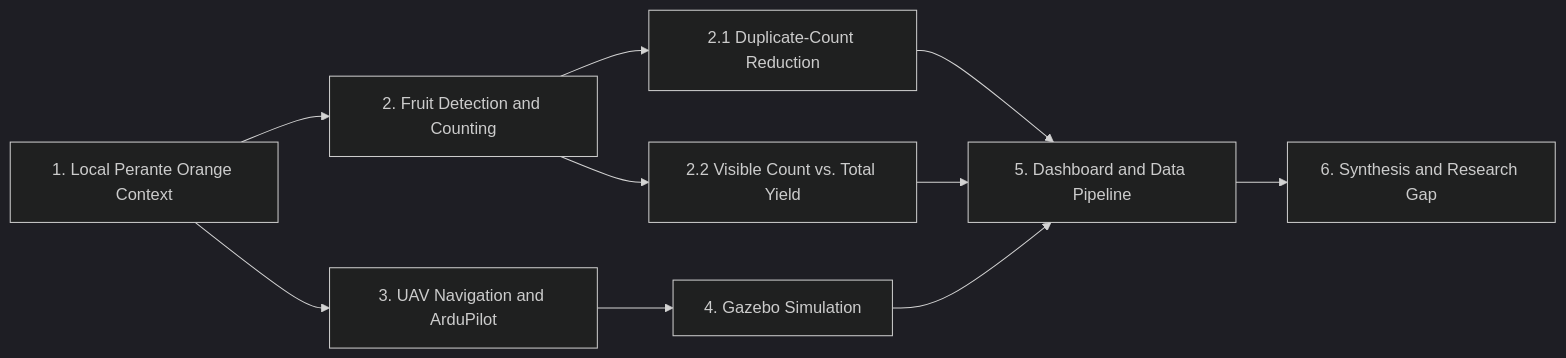
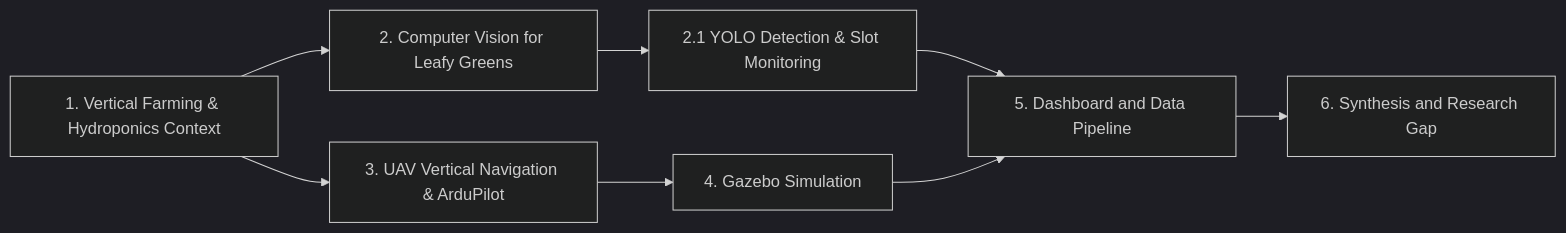
The diagram in RRL.md (Danncode10/autonomous-citrus-drone), drawn with Mermaid (dark theme) before and after one commit. The commit also changed other lines of this file, not shown here.

Commit message:
docs: rewrite Review of Related Literature for vertical hydroponic farming and leafy green monitoring

````diff
--- a/RRL.md
+++ b/RRL.md
@@ -5,12 +5,10 @@
 ```mermaid
 flowchart LR
-    S1["1. Local Perante Orange Context"] --> S2["2. Fruit Detection and Counting"]
-    S2 --> S21["2.1 Duplicate-Count Reduction"]
-    S2 --> S22["2.2 Visible Count vs. Total Yield"]
-    S1 --> S3["3. UAV Navigation and ArduPilot"]
+    S1["1. Vertical Farming & Hydroponics Context"] --> S2["2. Computer Vision for Leafy Greens"]
+    S2 --> S21["2.1 YOLO Detection & Slot Monitoring"]
+    S1 --> S3["3. UAV Vertical Navigation & ArduPilot"]
     S3 --> S4["4. Gazebo Simulation"]
     S21 --> S5["5. Dashboard and Data Pipeline"]
-    S22 --> S5
     S4 --> S5
     S5 --> S6["6. Synthesis and Research Gap"]
 ```
````
